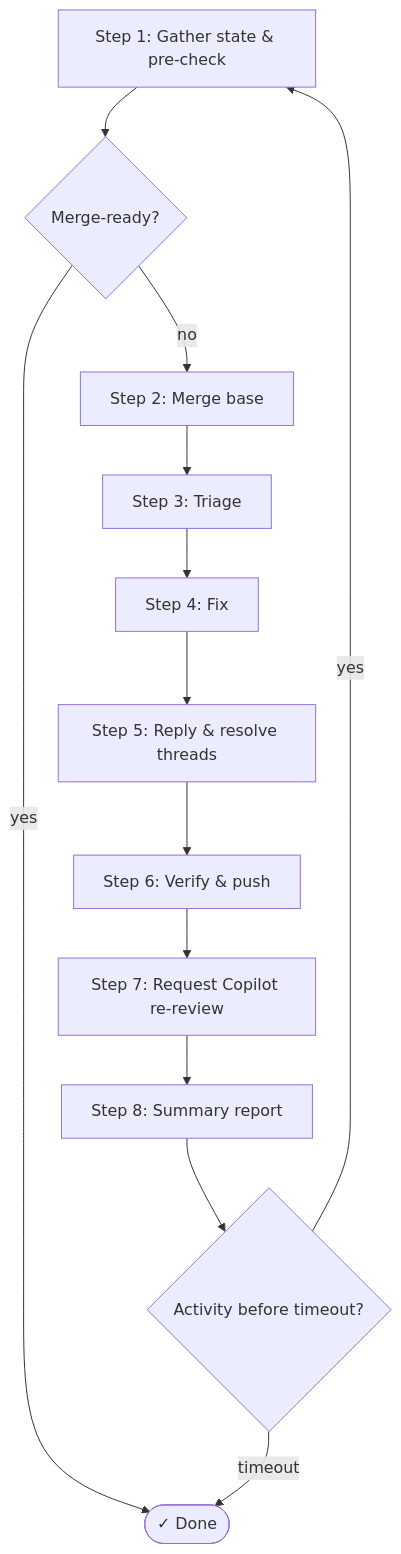
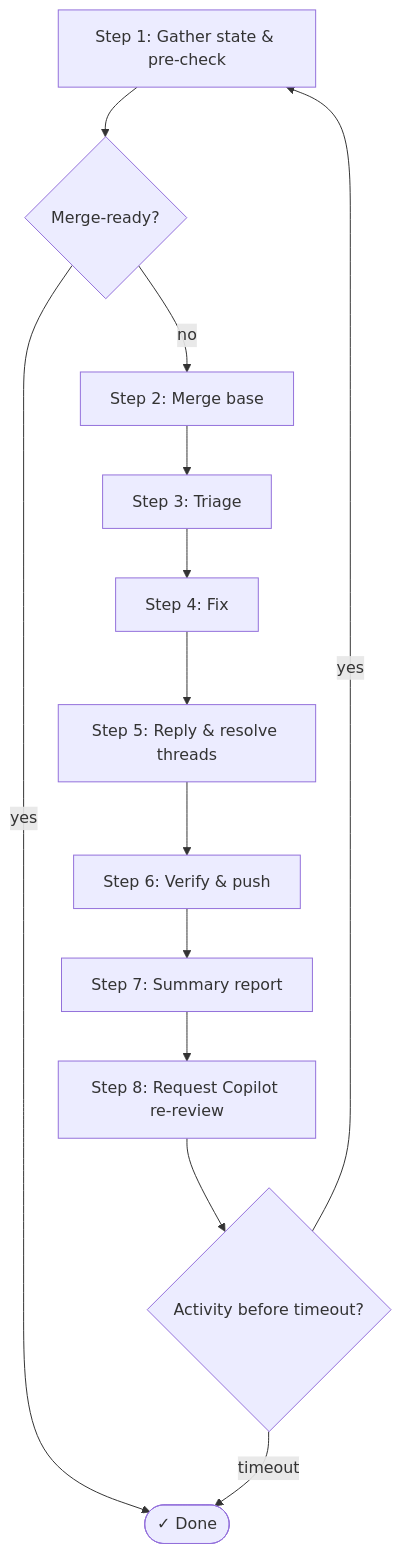
The diagram in skills/atk-pr-autofix/SKILL.md (rstacruz/agentic-toolkit), drawn with Mermaid before and after one commit. The commit also changed other lines of this file, not shown here.

````diff
--- a/skills/atk-pr-autofix/SKILL.md
+++ b/skills/atk-pr-autofix/SKILL.md
@@ -13,18 +13,18 @@
 ```mermaid
 flowchart TD
   S1["Step 1: Gather state & pre-check"]
   Done(["✓ Done"])
 
   S1 --> Gate{"Merge-ready?"}
   Gate -->|"yes"| Done
   Gate -->|"no"| S2["Step 2: Merge base"]
   S2 --> S3["Step 3: Triage"]
   S3 --> S4["Step 4: Fix"]
   S4 --> S5["Step 5: Reply & resolve threads"]
   S5 --> S6["Step 6: Verify & push"]
-  S6 --> S7["Step 7: Request Copilot re-review"]
-  S7 --> S8["Step 8: Summary report"]
+  S6 --> S7["Step 7: Summary report"]
+  S7 --> S8["Step 8: Request Copilot re-review"]
   S8 --> S9{"Activity before timeout?"}
   S9 -->|"yes"| S1
   S9 -->|"timeout"| Done
 ```
````
